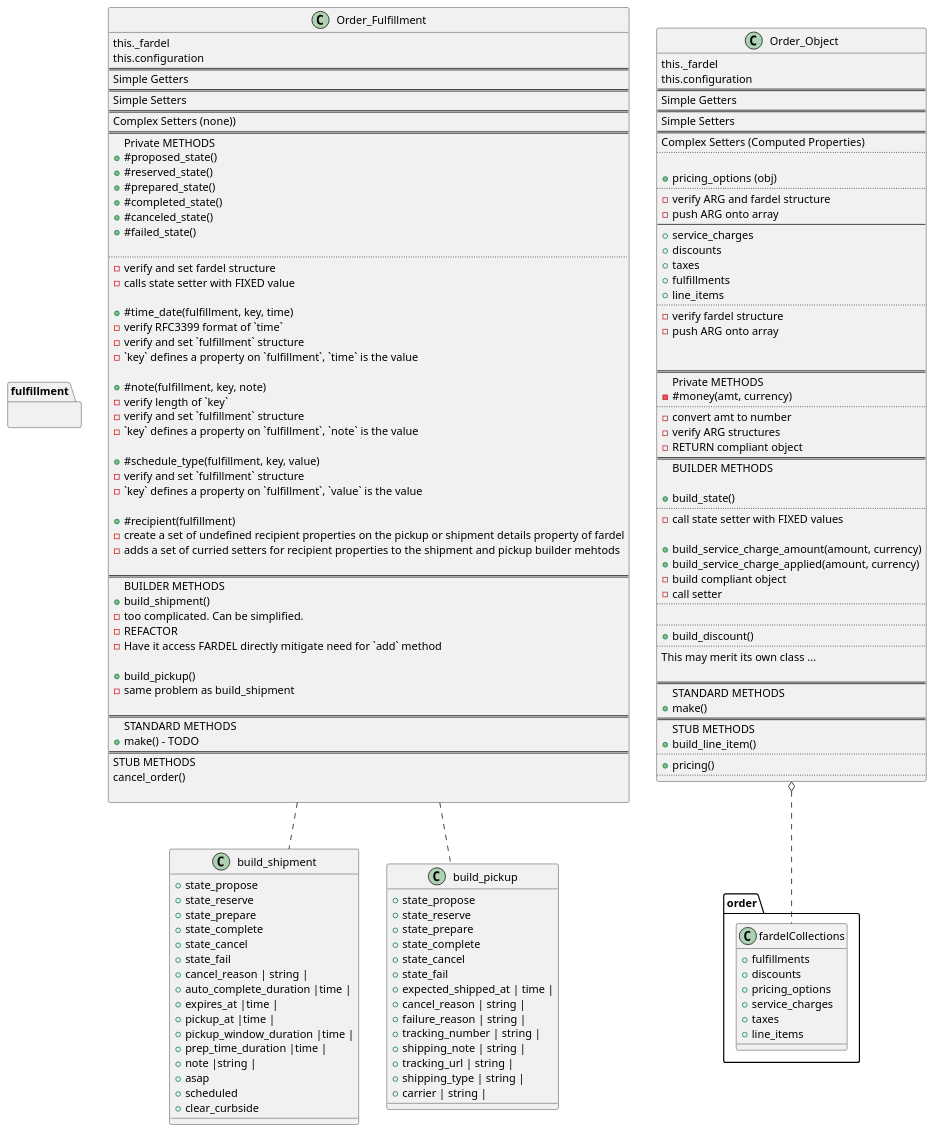
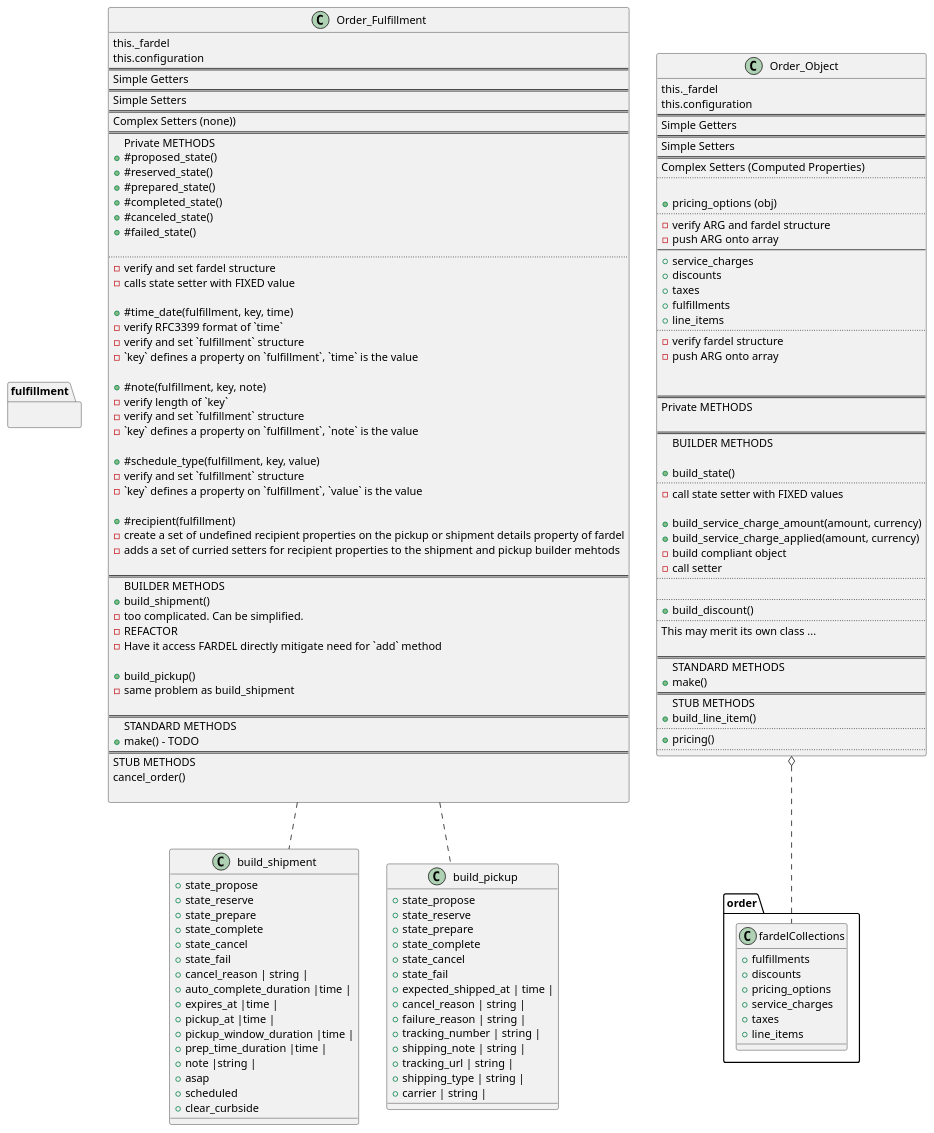
One commit to TwoFistedJustice/square-pie changed the diagram in docs/uml/order_object_pie.puml. Above: the diagram before and after it, drawn with PlantUML. The commit also changed 1 other file, not shown here.

Commit message:
refactor: use  money_helper utility
remove private method #money()
remove calls to #money()
replace #money() calls with calls to money_helper()
Update UML diagram to reflect change

```diff
--- a/docs/uml/order_object_pie.puml
+++ b/docs/uml/order_object_pie.puml
@@ -1,185 +1,181 @@
 @startuml
 'https://plantuml.com/class-diagram
 
 
 namespace fulfillment {
 .Order_Fulfillment .. .build_shipment
 .Order_Fulfillment .. .build_pickup
 }
 
 namespace order {
 .Order_Object o.. fardelCollections
 
 object fardelCollections{
   + fulfillments
   + discounts
   + pricing_options
   + service_charges
   + taxes
   + line_items
 }
 
 }
 
 
 class Order_Object{
 this._fardel
 this.configuration
 ==
 Simple Getters
 ==
 Simple Setters
 ==
 Complex Setters (Computed Properties)
 ..
 
 + pricing_options (obj)
 ..
 - verify ARG and fardel structure
 - push ARG onto array
 --
 + service_charges
 + discounts
 + taxes
 + fulfillments
 + line_items
 ..
 - verify fardel structure
 - push ARG onto array
 
 
 ==
 Private METHODS
-- #money(amt, currency)
-..
--convert amt to number
-- verify ARG structures
-- RETURN compliant object
+
 ==
 BUILDER METHODS
 
 + build_state()
 ..
 - call state setter with FIXED values
 
 + build_service_charge_amount(amount, currency)
 + build_service_charge_applied(amount, currency)
 - build compliant object
 - call setter
 ..
 
 ..
 + build_discount()
 ..
 This may merit its own class ...
 
 ==
 STANDARD METHODS
 + make()
 ==
 STUB METHODS
 + build_line_item()
 ..
 + pricing()
 ..
 }
 
 class Order_Fulfillment {
 this._fardel
 this.configuration
 ==
 Simple Getters
 ==
 Simple Setters
 ==
 Complex Setters (none))
 ==
 Private METHODS
 + #proposed_state()
 + #reserved_state()
 + #prepared_state()
 + #completed_state()
 + #canceled_state()
 + #failed_state()
 
 ..
 - verify and set fardel structure
 - calls state setter with FIXED value
 
 + #time_date(fulfillment, key, time)
 - verify RFC3399 format of `time`
 - verify and set `fulfillment` structure
 - `key` defines a property on `fulfillment`, `time` is the value
 
 + #note(fulfillment, key, note)
 - verify length of `key`
 - verify and set `fulfillment` structure
 - `key` defines a property on `fulfillment`, `note` is the value
 
 + #schedule_type(fulfillment, key, value)
 - verify and set `fulfillment` structure
 - `key` defines a property on `fulfillment`, `value` is the value
 
 + #recipient(fulfillment)
 - create a set of undefined recipient properties on the pickup or shipment details property of fardel
 - adds a set of curried setters for recipient properties to the shipment and pickup builder mehtods
 
 ==
 BUILDER METHODS
 + build_shipment()
 - too complicated. Can be simplified.
 - REFACTOR
 - Have it access FARDEL directly mitigate need for `add` method
 
 + build_pickup()
 - same problem as build_shipment
 
 ==
 STANDARD METHODS
 + make() - TODO
 ==
 STUB METHODS
 cancel_order()
 
 }
 
 
 object build_shipment {
 + state_propose
 + state_reserve
 + state_prepare
 + state_complete
 + state_cancel
 + state_fail
 + cancel_reason | string |
 + auto_complete_duration |time |
 + expires_at |time |
 + pickup_at |time |
 + pickup_window_duration |time |
 + prep_time_duration |time |
 + note |string |
 + asap
 + scheduled
 + clear_curbside
 
 }
 
 object build_pickup {
 + state_propose
 + state_reserve
 + state_prepare
 + state_complete
 + state_cancel
 + state_fail
 + expected_shipped_at | time |
 + cancel_reason | string |
 + failure_reason | string |
 + tracking_number | string |
 + shipping_note | string |
 + tracking_url | string |
 + shipping_type | string |
 + carrier | string |
 }
 
 
 @enduml
```
